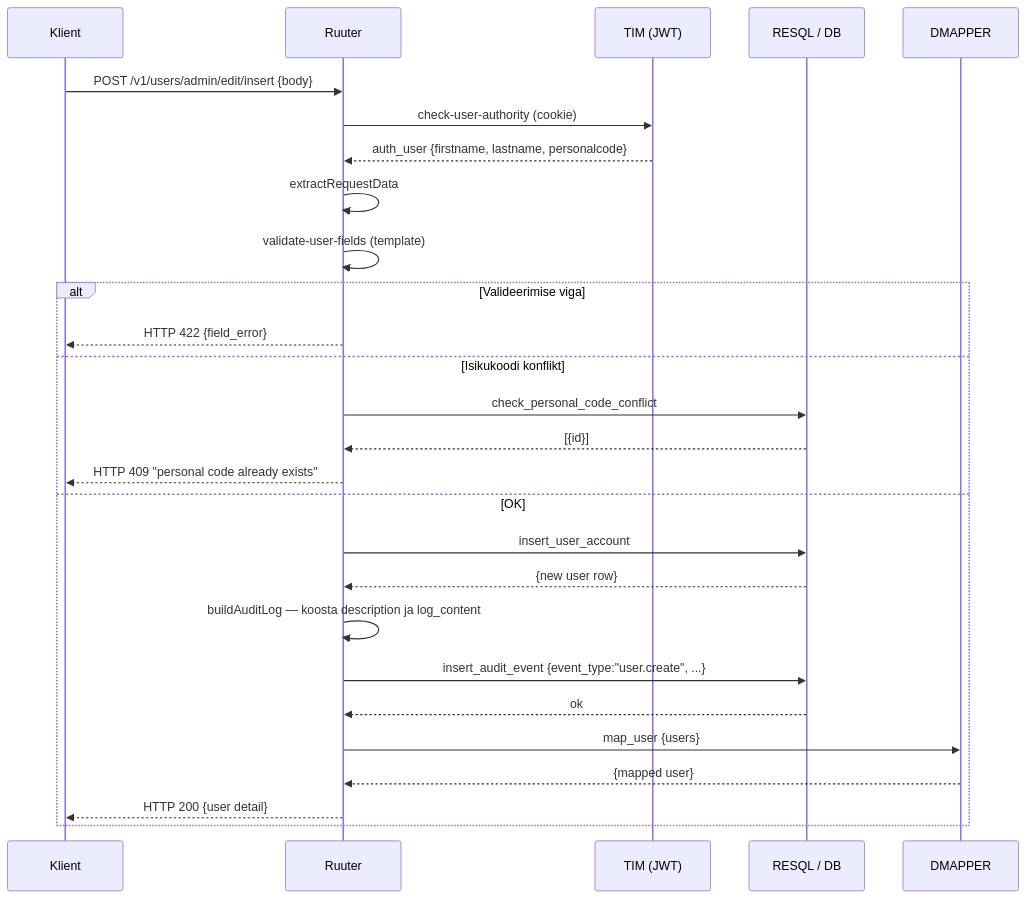
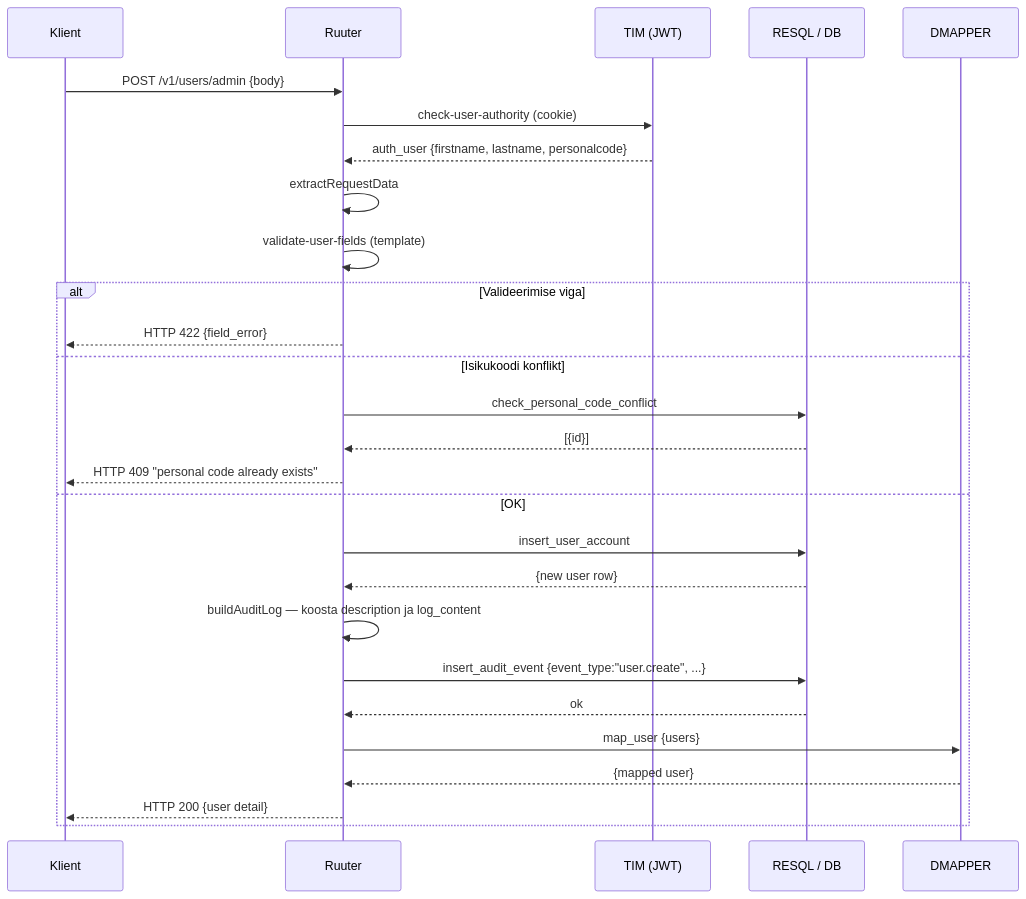
One commit to kemit-ee/ljvis-2 changed the first of 4 diagrams in docs/audit-logging.md. Above: the diagram before and after it, drawn with Mermaid. The commit also changed other lines of this file and 3 other files, not shown here.

````diff
--- a/docs/audit-logging.md
+++ b/docs/audit-logging.md
@@ -161,30 +161,30 @@
 ```mermaid
 sequenceDiagram
     participant K as Klient
     participant R as Ruuter
     participant T as TIM (JWT)
     participant DB as RESQL / DB
     participant DM as DMAPPER
 
-    K->>R: POST /v1/users/admin/edit/insert {body}
+    K->>R: POST /v1/users/admin {body}
     R->>T: check-user-authority (cookie)
     T-->>R: auth_user {firstname, lastname, personalcode}
     R->>R: extractRequestData
     R->>R: validate-user-fields (template)
     alt Valideerimise viga
         R-->>K: HTTP 422 {field_error}
     else Isikukoodi konflikt
         R->>DB: check_personal_code_conflict
         DB-->>R: [{id}]
         R-->>K: HTTP 409 "personal code already exists"
     else OK
         R->>DB: insert_user_account
         DB-->>R: {new user row}
         R->>R: buildAuditLog — koosta description ja log_content
         R->>DB: insert_audit_event {event_type:"user.create", ...}
         DB-->>R: ok
         R->>DM: map_user {users}
         DM-->>R: {mapped user}
         R-->>K: HTTP 200 {user detail}
     end
 ```
````
